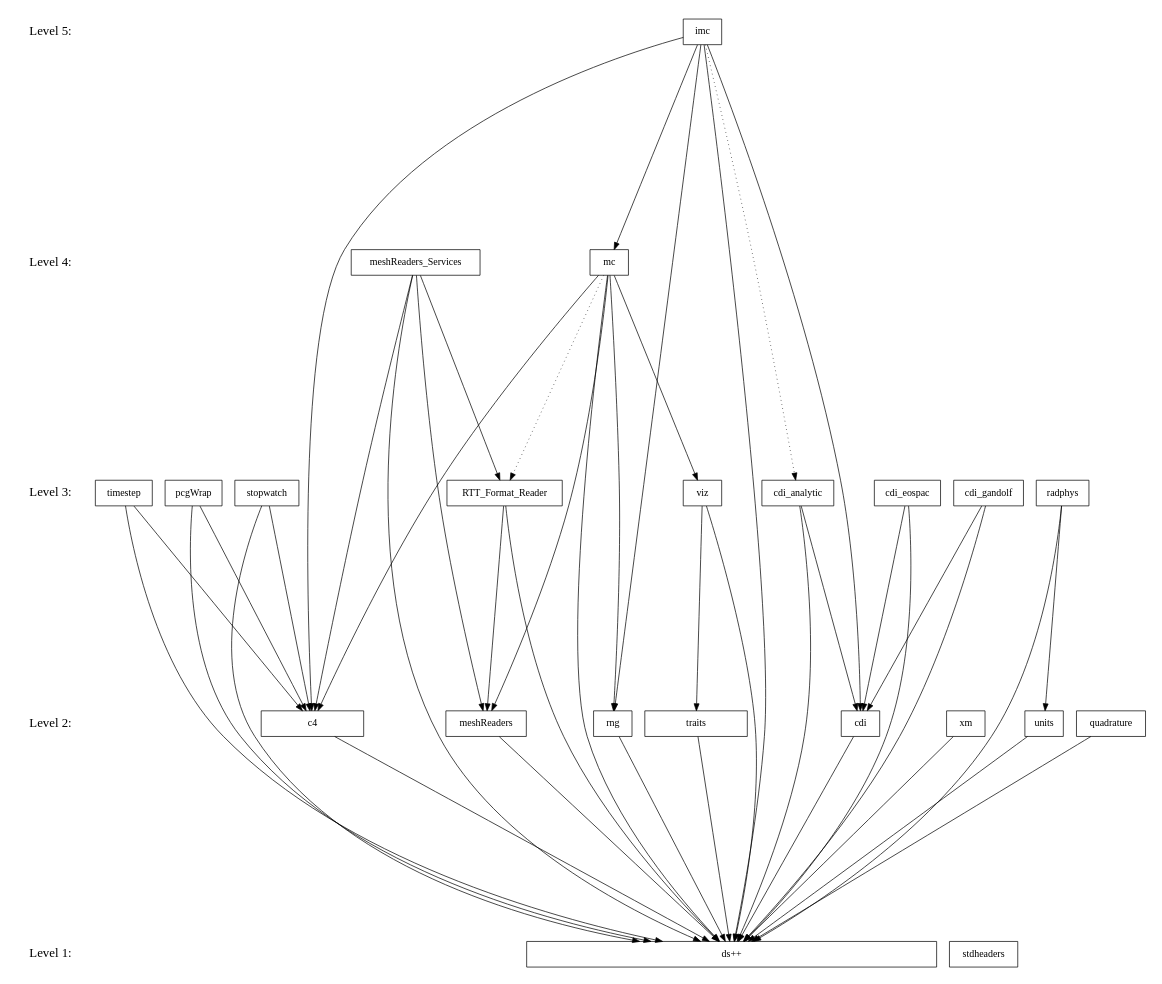
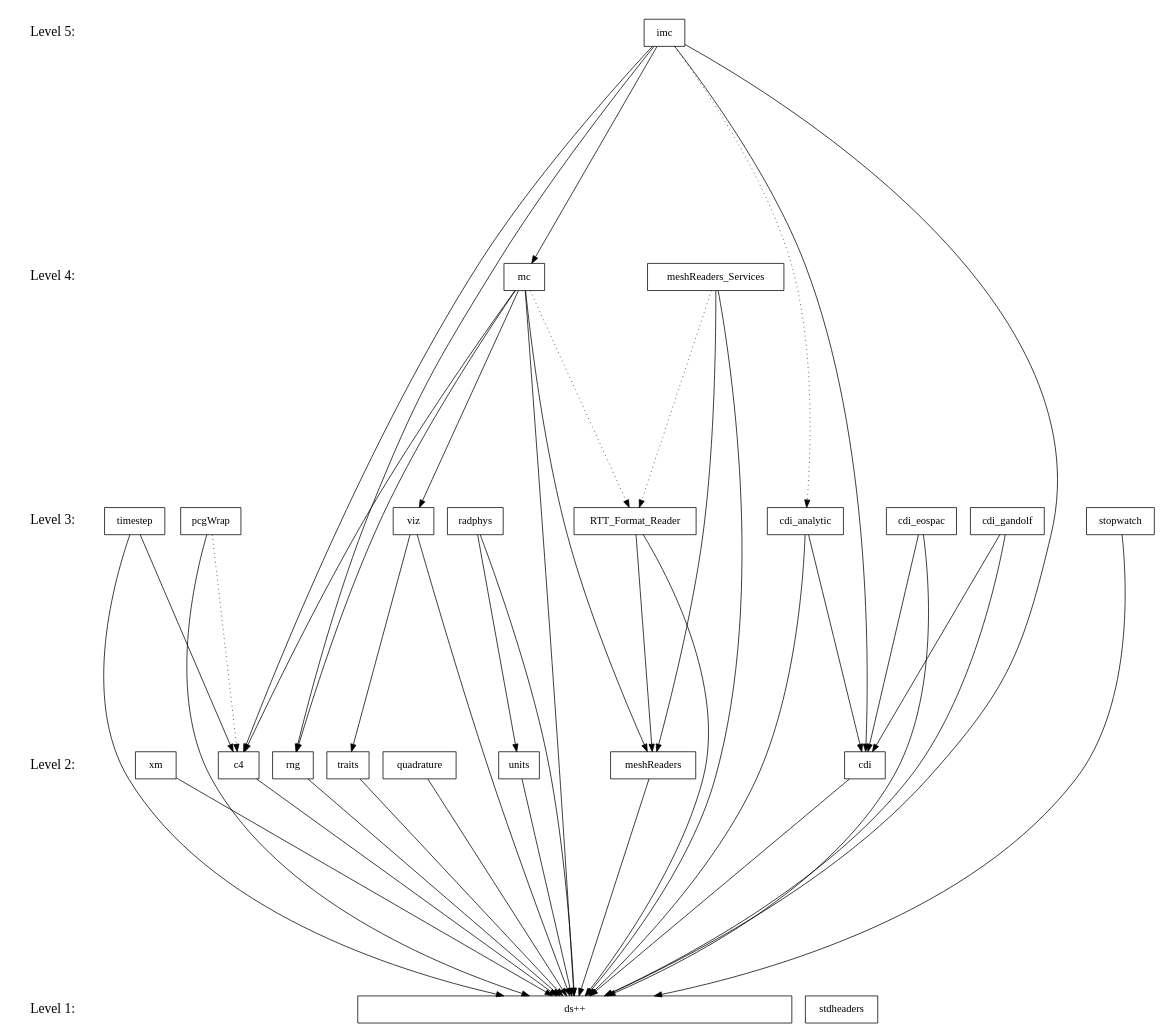
The diagram in doc/design/level.dot (losalamos/Draco), drawn with Graphviz before and after one commit. The commit also changed 1 other file, not shown here.

Commit message:
Updates to draco levelization diagram.

```diff
--- a/doc/design/level.dot
+++ b/doc/design/level.dot
@@ -1,88 +1,90 @@
 digraph draco_level {
     /* graph attributes */
     center=1;
     size="7.5,10";
     ranksep=4;
     
     /* levels */
     level1 [shape=plaintext, label="Level 1:", fontsize=18];
     level2 [shape=plaintext, label="Level 2:", fontsize=18];
     level3 [shape=plaintext, label="Level 3:", fontsize=18];
     level4 [shape=plaintext, label="Level 4:", fontsize=18];
     level5 [shape=plaintext, label="Level 5:", fontsize=18];
     
     level5 -> level4 -> level3 -> level2 -> level1 [style=invis];
     
     /* packages */
     
     /* level 1 */
     dsxx [shape=box, label="ds++", width=8];
     stdheaders [shape=box, label="stdheaders"];
     
     /* level 2 */
-    traits [shape=box, label="traits" width=2];
+    traits [shape=box, label="traits"];
     xm [shape=box, label="xm"];
-    c4 [shape=box, label="c4", width=2];
+    c4 [shape=box, label="c4"];
     rng [shape=box, label="rng"];
     units [shape=box, label="units"];
     cdi [shape=box, label="cdi"];
     quad [shape=box, label="quadrature"];
     meshread [shape=box, label="meshReaders"];
+    stop [shape=box, label="stopwatch"];
     
     /* level 3 */
     viz [shape=box, label="viz"];
     radphys [shape=box, label="radphys"];
     timestep [shape=box, label="timestep"];
     cdianal [shape=box, label="cdi_analytic"];
     cdieos [shape=box, label="cdi_eospac"];
     cdigan [shape=box, label="cdi_gandolf"];
     pcg [shape=box, label="pcgWrap"];
-    stop [shape=box, label="stopwatch"];
     rttread [shape=box, label="RTT_Format_Reader"];
     
     /* level 4 */
     mc [shape=box, label="mc"];
     meshservice [shape=box, label="meshReaders_Services"];
 
     /* level 5 */
     imc [shape=box, label="imc"];
     
     /* dependencies */
     {rank=same; level1 stdheaders dsxx};
     {rank=same; level2 traits xm c4 rng units meshread cdi quad};
     {rank=same; level3 rttread viz radphys timestep cdianal cdieos cdigan pcg stop};
     {rank=same; level4 mc meshservice};
     {rank=same; level5 imc};
     
     /* draco packages */
     
     /* level 2 */
     xm          -> {dsxx};
     units       -> {dsxx};
     traits      -> {dsxx};
     c4          -> {dsxx};
     rng         -> {dsxx};
     cdi         -> {dsxx};
     meshread    -> {dsxx};
     quad        -> {dsxx};
+    stop        -> {dsxx};
     
     /* level 3 */
     viz         -> {traits dsxx};
     timestep    -> {c4 dsxx};
-    stop        -> {c4 dsxx};
     radphys     -> {units dsxx};
-    pcg         -> {c4 dsxx};
+    pcg         -> {dsxx};
+    pcg         -> {c4} [style=dotted];
     cdianal     -> {cdi dsxx};
     cdieos      -> {cdi dsxx};
     cdigan      -> {cdi dsxx};
     rttread     -> {meshread dsxx};
 
     /* level 4 */
     mc          -> {viz meshread rng c4 dsxx};
     mc          -> {rttread} [style=dotted];
-    meshservice -> {rttread meshread c4 dsxx};
+    meshservice -> {meshread dsxx};
+    meshservice -> {rttread} [style=dotted];
 
     /* level 5 */
     imc         -> {mc cdi rng c4 dsxx};
     imc         -> {cdianal} [style=dotted];
 }
```
